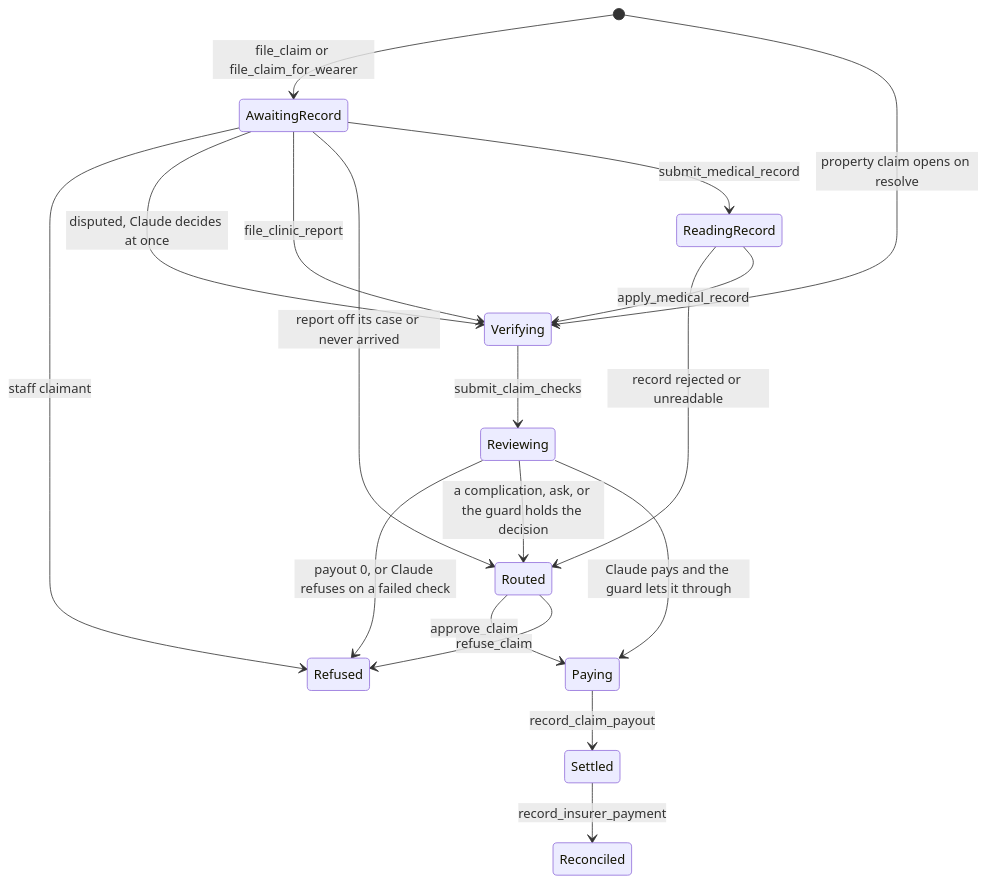
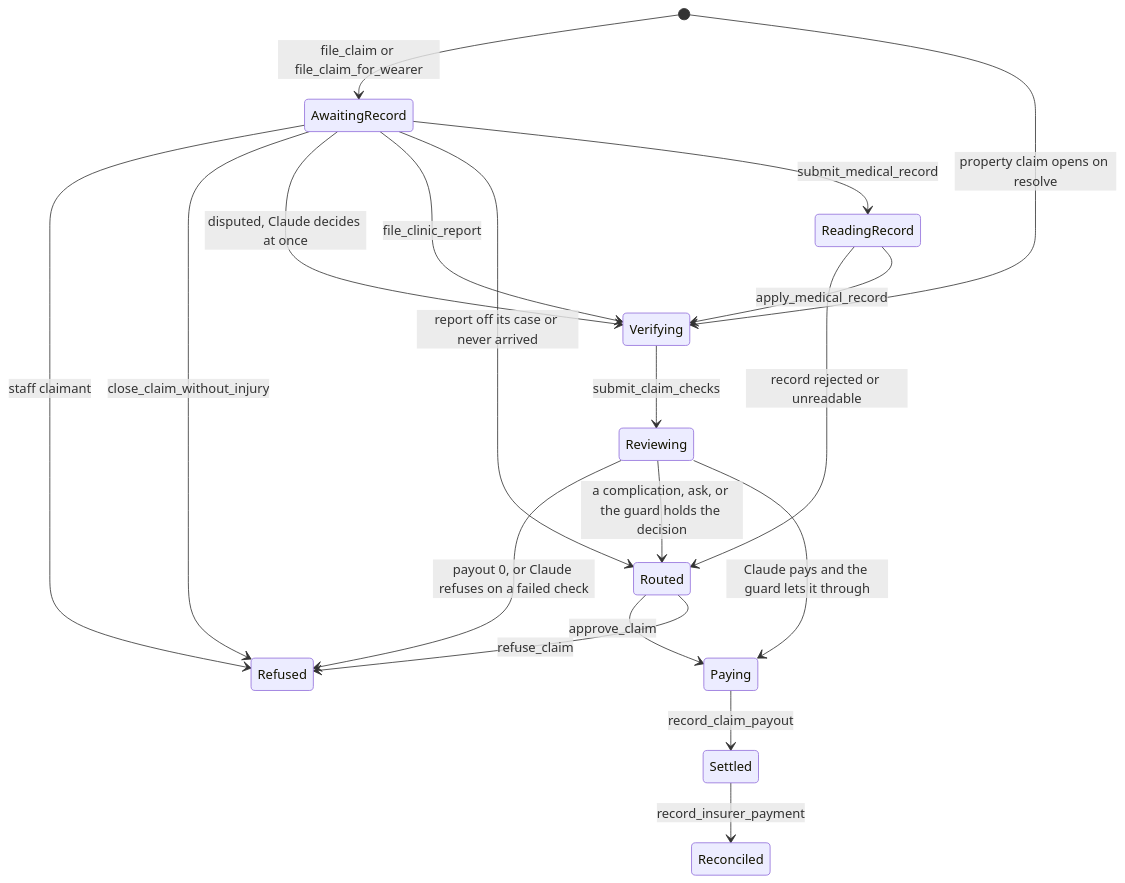
One commit to viktorinkov/cal-hacks-13 changed the third of 5 diagrams in System Design/6-features/Insurance.md. Above: the diagram before and after it, drawn with Mermaid. The commit also changed other lines of this file and 4 other files, not shown here.

Commit message:
close a claim where the medic treated no injury

````diff
--- a/System Design/6-features/Insurance.md
+++ b/System Design/6-features/Insurance.md
@@ -532,20 +533,21 @@
 ```mermaid
 stateDiagram-v2
   [*] --> AwaitingRecord: file_claim or file_claim_for_wearer
   [*] --> Verifying: property claim opens on resolve
   AwaitingRecord --> Refused: staff claimant
+  AwaitingRecord --> Refused: close_claim_without_injury
   AwaitingRecord --> Verifying: disputed, Claude decides at once
   AwaitingRecord --> Verifying: file_clinic_report
   AwaitingRecord --> Routed: report off its case or never arrived
   AwaitingRecord --> ReadingRecord: submit_medical_record
   ReadingRecord --> Routed: record rejected or unreadable
   ReadingRecord --> Verifying: apply_medical_record
   Verifying --> Reviewing: submit_claim_checks
   Reviewing --> Refused: payout 0, or Claude refuses on a failed check
   Reviewing --> Routed: a complication, ask, or the guard holds the decision
   Reviewing --> Paying: Claude pays and the guard lets it through
   Routed --> Paying: approve_claim
   Routed --> Refused: refuse_claim
   Paying --> Settled: record_claim_payout
   Settled --> Reconciled: record_insurer_payment
 ```
````
